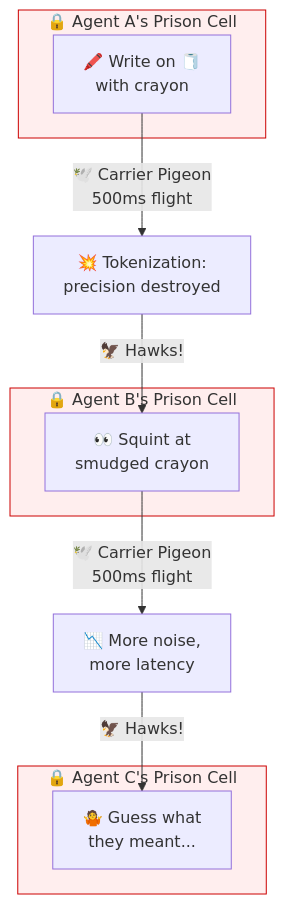
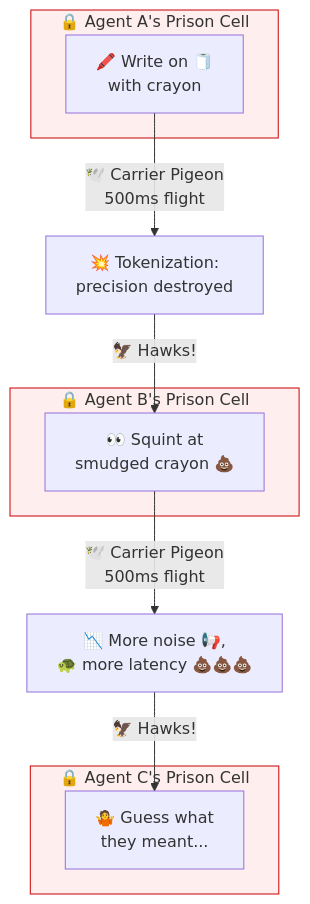
One commit to SimHacker/moollm changed the first of 7 diagrams in designs/SPEED-OF-LIGHT-VS-CARRIER-PIGEON.md. Above: the diagram before and after it, drawn with Mermaid.

Commit message:
Add poop, turtle, and noise emojis to Carrier Pigeon diagram
The diagram now properly conveys the visceral horror of inter-completion
communication: smudged crayon messages 💩, accumulating noise 📢, and
turtle-speed latency 🐢💩💩💩.

````diff
--- a/designs/SPEED-OF-LIGHT-VS-CARRIER-PIGEON.md
+++ b/designs/SPEED-OF-LIGHT-VS-CARRIER-PIGEON.md
@@ -24,23 +24,23 @@
 ```mermaid
 flowchart TB
     subgraph CellA["🔒 Agent A's Prison Cell"]
         A1["🖍️ Write on 🧻<br/>with crayon"]
     end
     
     subgraph CellB["🔒 Agent B's Prison Cell"]
-        B1["👀 Squint at<br/>smudged crayon"]
+        B1["👀 Squint at<br/>smudged crayon 💩"]
     end
     
     subgraph CellC["🔒 Agent C's Prison Cell"]
         C1["🤷 Guess what<br/>they meant..."]
     end
     
     A1 -->|"🕊️ Carrier Pigeon<br/>500ms flight"| tokenize1["💥 Tokenization:<br/>precision destroyed"]
     tokenize1 -->|"🦅 Hawks!"| B1
-    B1 -->|"🕊️ Carrier Pigeon<br/>500ms flight"| tokenize2["📉 More noise,<br/>more latency"]
+    B1 -->|"🕊️ Carrier Pigeon<br/>500ms flight"| tokenize2["📉 More noise 📢,<br/>🐢 more latency 💩💩💩"]
     tokenize2 -->|"🦅 Hawks!"| C1
     
     style CellA fill:#fee,stroke:#c00
     style CellB fill:#fee,stroke:#c00
     style CellC fill:#fee,stroke:#c00
 ```
````
